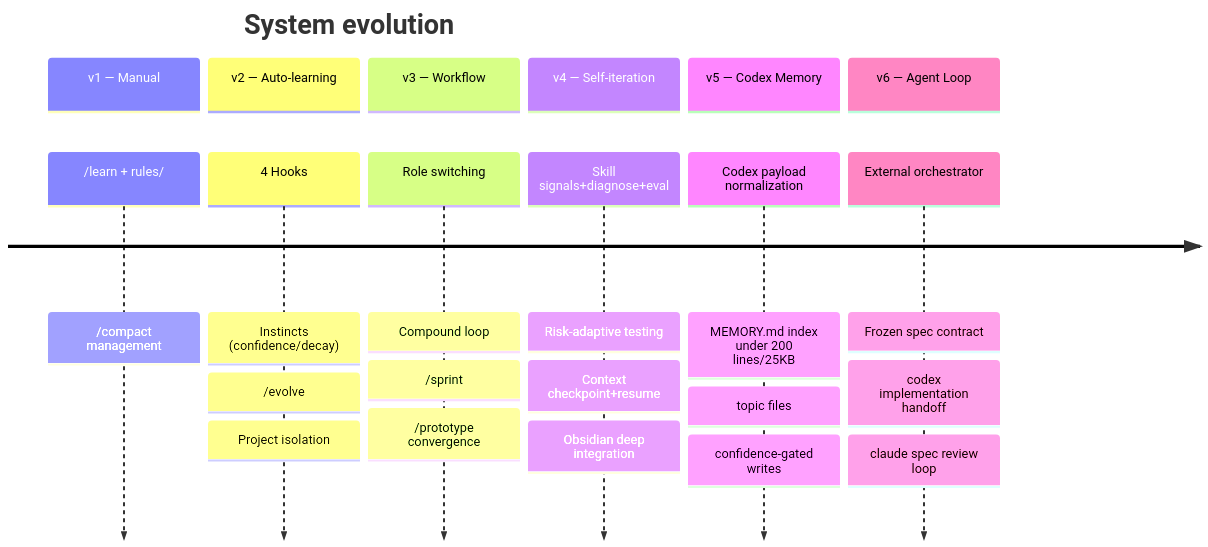
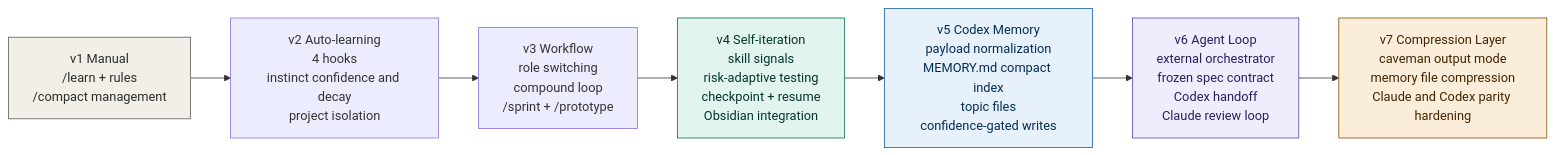
The sixth of 6 diagrams in README.md (songuu/tech-persistence), drawn with Mermaid before and after one commit. The commit also changed other lines of this file and 17 other files, not shown here.

First line of the commit message:
feat: unify Memory v5 handling for Claude and Codex with improved context injection

````diff
--- a/README.md
+++ b/README.md
@@ -539,16 +535,18 @@
 ```mermaid
-timeline
-    title System evolution
-    section v1 — Manual
-      /learn + rules/ : /compact management
-    section v2 — Auto-learning
-      4 Hooks : Instincts (confidence/decay) : /evolve : Project isolation
-    section v3 — Workflow
-      Role switching : Compound loop : /sprint : /prototype convergence
-    section v4 — Self-iteration
-      Skill signals+diagnose+eval : Risk-adaptive testing : Context checkpoint+resume : Obsidian deep integration
-    section v5 — Codex Memory
-      Codex payload normalization : MEMORY.md index under 200 lines/25KB : topic files : confidence-gated writes
-    section v6 — Agent Loop
-      External orchestrator : Frozen spec contract : codex implementation handoff : claude spec review loop
+flowchart LR
+    V1["v1 Manual<br/>/learn + rules<br/>/compact management"]
+    V2["v2 Auto-learning<br/>4 hooks<br/>instinct confidence and decay<br/>project isolation"]
+    V3["v3 Workflow<br/>role switching<br/>compound loop<br/>/sprint + /prototype"]
+    V4["v4 Self-iteration<br/>skill signals<br/>risk-adaptive testing<br/>checkpoint + resume<br/>Obsidian integration"]
+    V5["v5 Codex Memory<br/>payload normalization<br/>MEMORY.md compact index<br/>topic files<br/>confidence-gated writes"]
+    V6["v6 Agent Loop<br/>external orchestrator<br/>frozen spec contract<br/>Codex handoff<br/>Claude review loop"]
+    V7["v7 Compression Layer<br/>caveman output mode<br/>memory file compression<br/>Claude and Codex parity hardening"]
+
+    V1 --> V2 --> V3 --> V4 --> V5 --> V6 --> V7
+
+    style V1 fill:#F1EFE8,stroke:#5F5E5A,color:#2C2C2A
+    style V4 fill:#E1F5EE,stroke:#0F6E56,color:#04342C
+    style V5 fill:#E6F1FB,stroke:#185FA5,color:#042C53
+    style V6 fill:#EEEDFE,stroke:#534AB7,color:#26215C
+    style V7 fill:#FAEEDA,stroke:#854F0B,color:#412402
 ```
````
